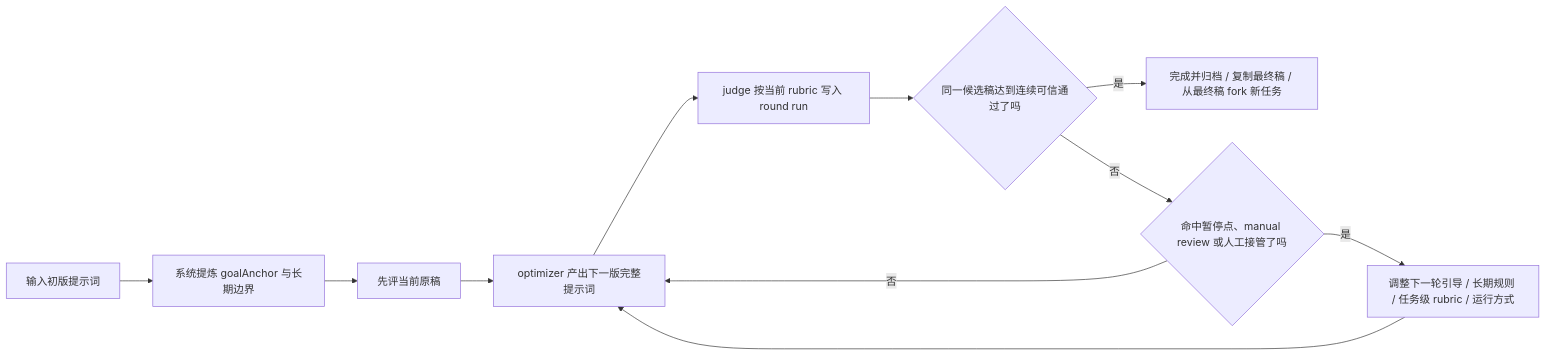
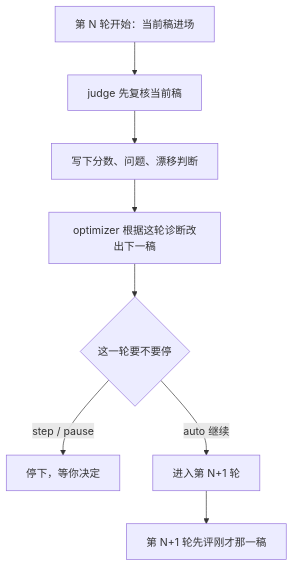
The second of 2 diagrams in README.md (XBigRoad/prompt-optimizer-studio), drawn with Mermaid before and after one commit. The commit also changed other lines of this file and 1 other file, not shown here.

````diff
--- a/README.md
+++ b/README.md
@@ -51,13 +64,10 @@
 ```mermaid
-flowchart LR
-    A[输入初版提示词] --> B[系统提炼 goalAnchor 与长期边界]
-    B --> C[先评当前原稿]
-    C --> D[optimizer 产出下一版完整提示词]
-    D --> E[judge 按当前 rubric 写入 round run]
-    E --> F{同一候选稿达到连续可信通过了吗}
-    F -- 是 --> G[完成并归档 / 复制最终稿 / 从最终稿 fork 新任务]
-    F -- 否 --> H{命中暂停点、manual review 或人工接管了吗}
-    H -- 否 --> D
-    H -- 是 --> I[调整下一轮引导 / 长期规则 / 任务级 rubric / 运行方式]
-    I --> D
+flowchart TD
+    A["第 N 轮开始：当前稿进场"] --> B["judge 先复核当前稿"]
+    B --> C["写下分数、问题、漂移判断"]
+    C --> D["optimizer 根据这轮诊断改出下一稿"]
+    D --> E{"这一轮要不要停"}
+    E -- step / pause --> F["停下，等你决定"]
+    E -- auto 继续 --> G["进入第 N+1 轮"]
+    G --> H["第 N+1 轮先评刚才那一稿"]
 ```
````
